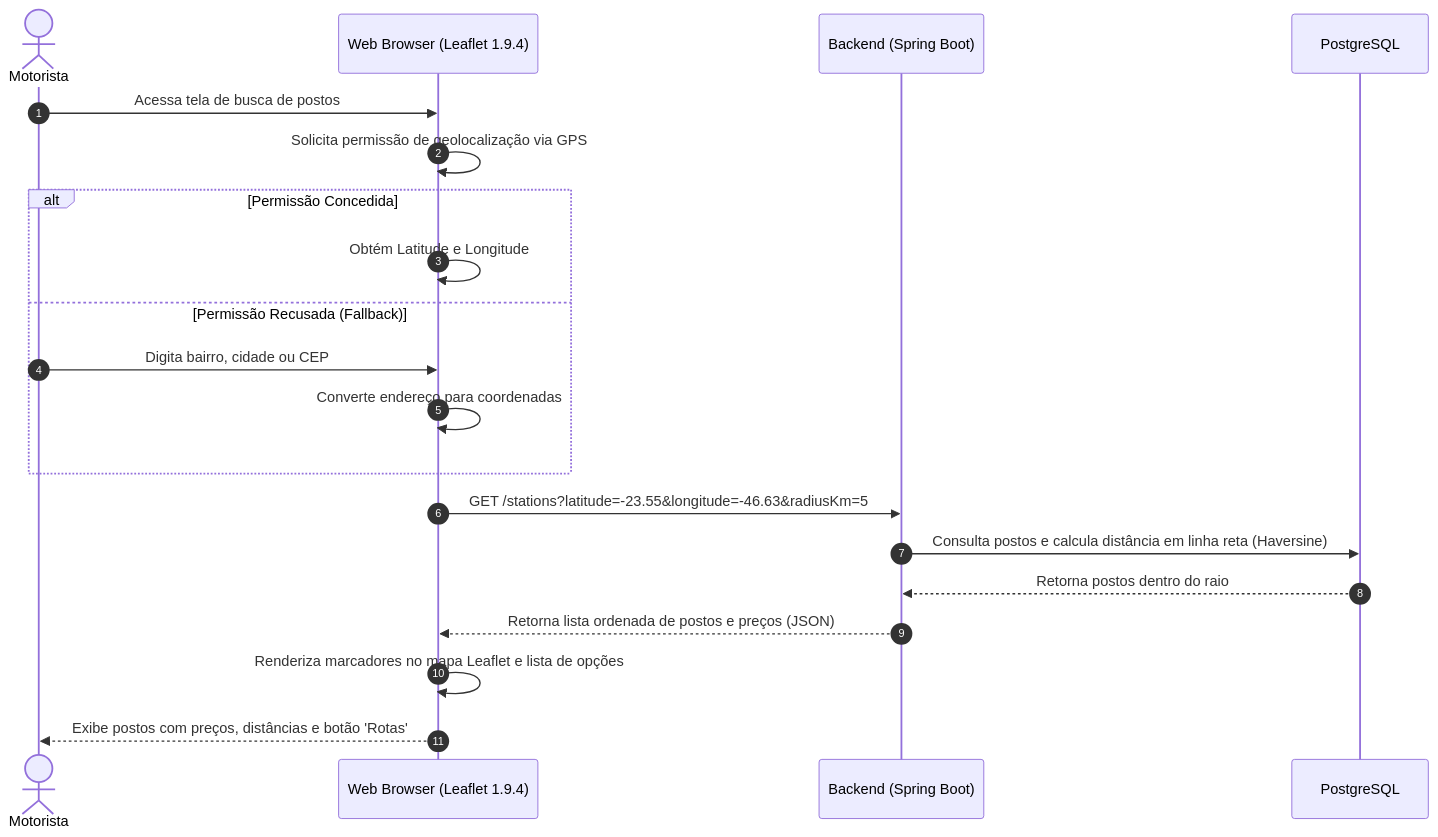
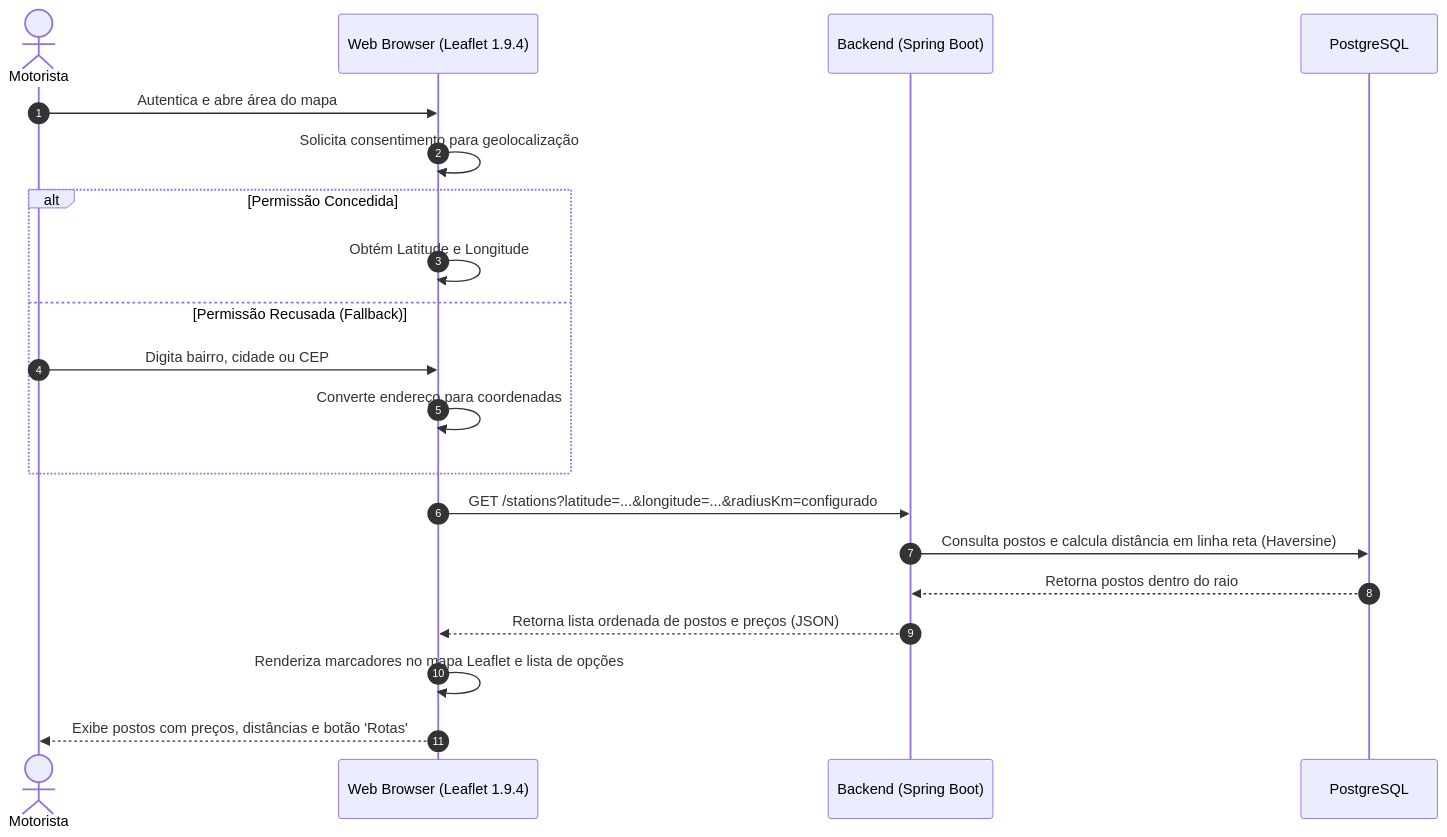
Before and after one commit to fuguharawillian/FuelFinder-: the fourth of 6 diagrams in .ai/architecture.md, drawn with Mermaid. The commit also changed other lines of this file and 201 other files, not shown here.

````diff
--- a/.ai/architecture.md
+++ b/.ai/architecture.md
@@ -409,23 +459,23 @@
 ```mermaid
 sequenceDiagram
     autonumber
     actor Condutor as Motorista
     participant Browser as Web Browser (Leaflet 1.9.4)
     participant API as Backend (Spring Boot)
     participant DB as PostgreSQL
 
-    Condutor->>Browser: Acessa tela de busca de postos
-    Browser->>Browser: Solicita permissão de geolocalização via GPS
+    Condutor->>Browser: Autentica e abre área do mapa
+    Browser->>Browser: Solicita consentimento para geolocalização
     alt Permissão Concedida
         Browser->>Browser: Obtém Latitude e Longitude
     else Permissão Recusada (Fallback)
         Condutor->>Browser: Digita bairro, cidade ou CEP
         Browser->>Browser: Converte endereço para coordenadas
     end
-    Browser->>API: GET /stations?latitude=-23.55&longitude=-46.63&radiusKm=5
+    Browser->>API: GET /stations?latitude=...&longitude=...&radiusKm=configurado
     API->>DB: Consulta postos e calcula distância em linha reta (Haversine)
     DB-->>API: Retorna postos dentro do raio
     API-->>Browser: Retorna lista ordenada de postos e preços (JSON)
     Browser->>Browser: Renderiza marcadores no mapa Leaflet e lista de opções
     Browser-->>Condutor: Exibe postos com preços, distâncias e botão 'Rotas'
 ```
````
